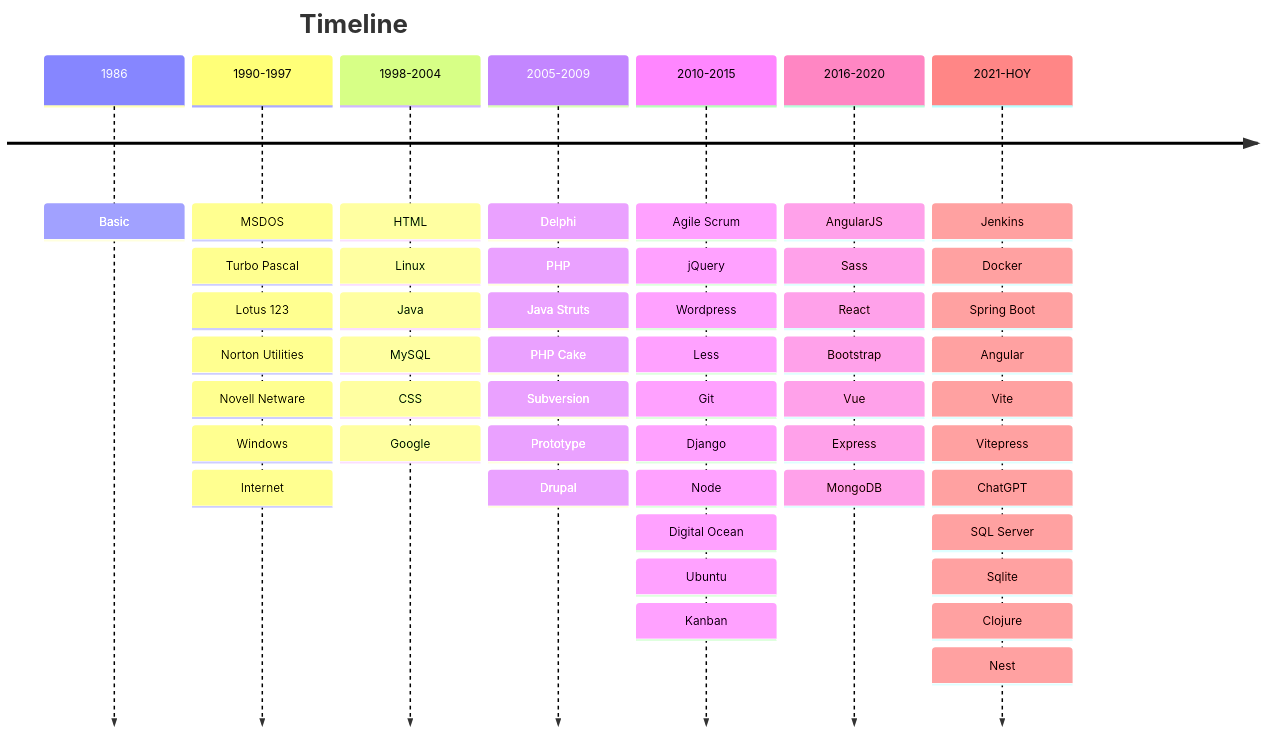
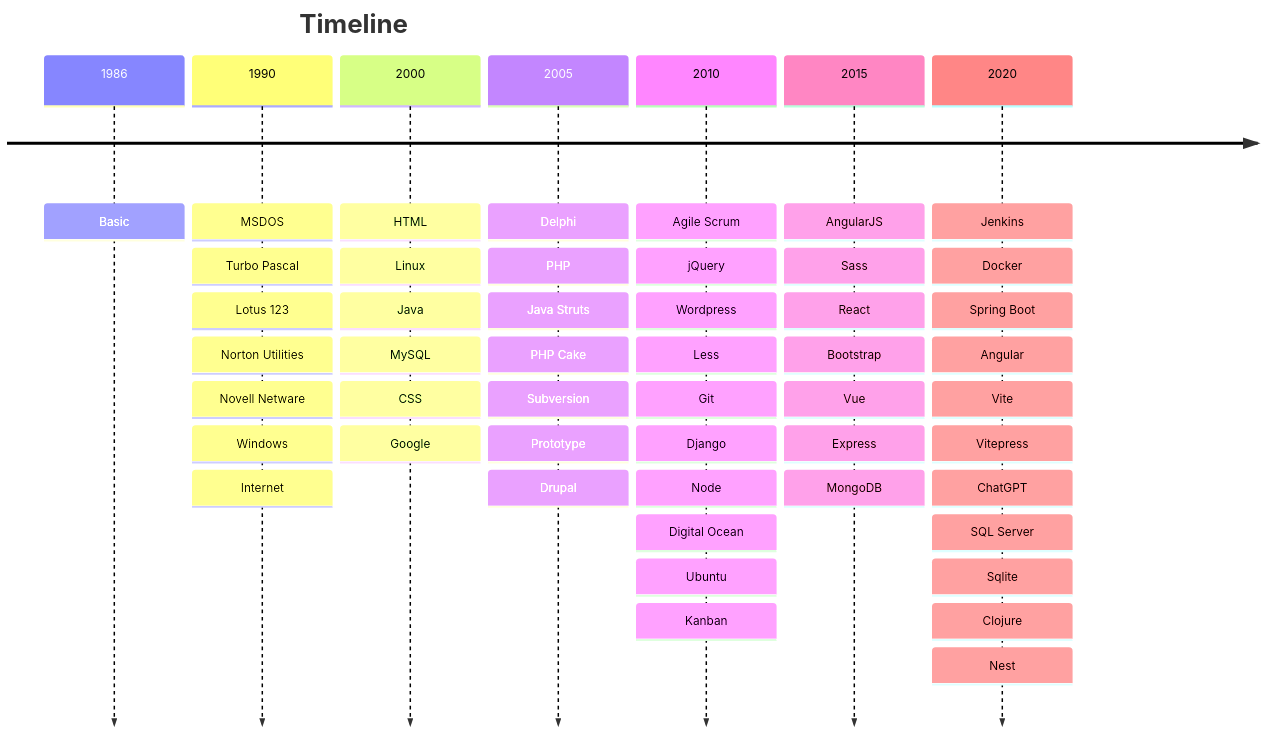
The second of 3 diagrams in docs/en/index.md (akobashikawa/vitepress-akcstudio), drawn with Mermaid before and after one commit. The commit also changed other lines of this file and 3 other files, not shown here.

````diff
--- a/docs/en/index.md
+++ b/docs/en/index.md
@@ -85,56 +87,55 @@
 ```mermaid
 
 timeline
   title Timeline
   1986 : Basic
-  1990-1997 : MSDOS
+  1990 : MSDOS
         : Turbo Pascal
         : Lotus 123
         : Norton Utilities
         : Novell Netware
         : Windows
         : Internet
-  1998-2004 : HTML
+  2000 : HTML
         : Linux
         : Java
         : MySQL
         : CSS
         : Google
-  2005-2009 : Delphi
+  2005 : Delphi
         : PHP
         : Java Struts
         : PHP Cake
         : Subversion
         : Prototype
         : Drupal
-  2010-2015 : Agile Scrum
+  2010 : Agile Scrum
         : jQuery
         : Wordpress
         : Less
         : Git
         : Django
         : Node
         : Digital Ocean
         : Ubuntu
         : Kanban
-  2016-2020 : AngularJS
+  2015 : AngularJS
         : Sass
         : React
         : Bootstrap
         : Vue
         : Express
         : MongoDB
-  2021-HOY : Jenkins
+  2020 : Jenkins
         : Docker
         : Spring Boot
         : Angular
         : Vite
         : Vitepress
         : ChatGPT
         : SQL Server
         : Sqlite
         : Clojure
         : Nest
-
   
 ```
````
